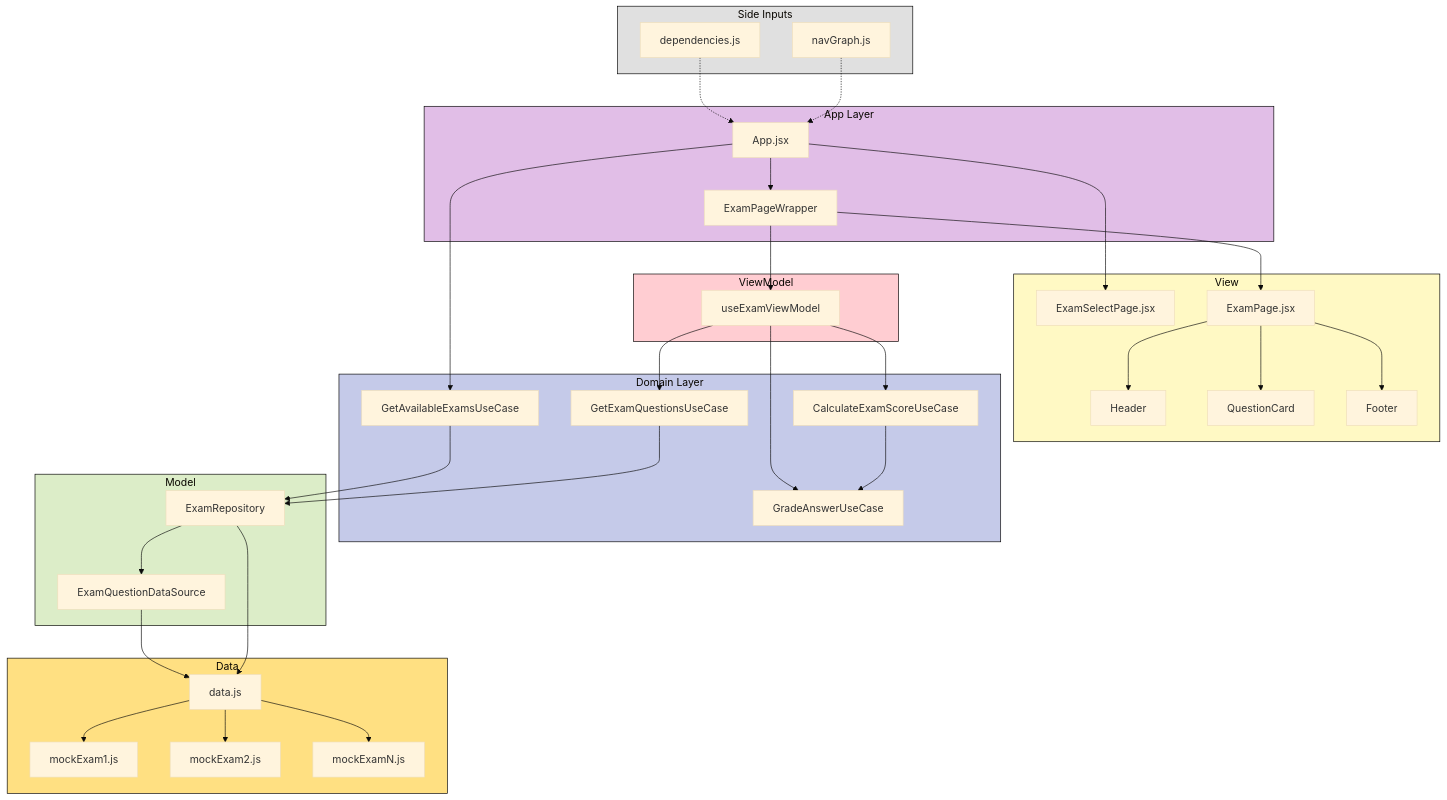
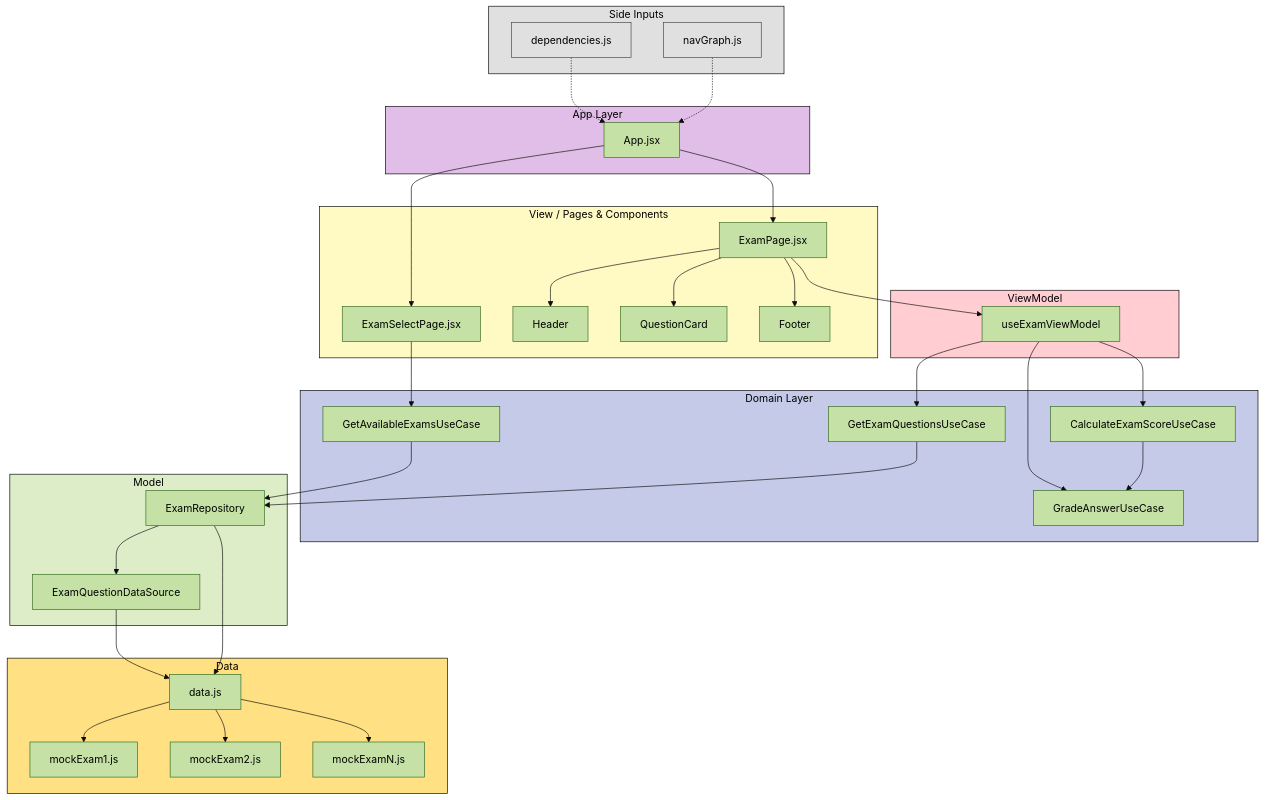
The diagram in README.md (FredrikVE/ExamPrepper), drawn with Mermaid (base theme) before and after one commit.

Commit message:
oppdater arkitekturskisse

````diff
--- a/README.md
+++ b/README.md
@@ -165,13 +165,12 @@
 %% =========================
 subgraph AppLayer["App Layer"]
     App["App.jsx"]
-    ExamPageWrapper["ExamPageWrapper"]
 end
 
 %% =========================
-%% VIEW
+%% VIEW / PAGES
 %% =========================
-subgraph View["View"]
+subgraph View["View / Pages & Components"]
     ExamSelectPage["ExamSelectPage.jsx"]
     ExamPage["ExamPage.jsx"]
     Header["Header"]
@@ -221,22 +220,20 @@
 NavGraph -.-> App
 
 %% =========================
-%% APP FLOW
+%% APP → PAGES
 %% =========================
 App --> ExamSelectPage
-App --> ExamPageWrapper
+App --> ExamPage
 
 %% =========================
-%% EXAM SELECTION FLOW
+%% SELECT PAGE FLOW
 %% =========================
-App --> GetAvailableExamsUC
-GetAvailableExamsUC --> Repo
+ExamSelectPage --> GetAvailableExamsUC
 
 %% =========================
-%% EXAM PAGE FLOW
+%% VIEW → VIEWMODEL
 %% =========================
-ExamPageWrapper --> ExamVM
-ExamPageWrapper --> ExamPage
+ExamPage --> ExamVM
 
 %% =========================
 %% VIEW COMPOSITION
@@ -246,7 +243,7 @@
 ExamPage --> Footer
 
 %% =========================
-%% MVVM FLOW
+%% VIEWMODEL → DOMAIN
 %% =========================
 ExamVM --> GetExamQuestionsUC
 ExamVM --> GradeAnswerUC
@@ -258,12 +255,13 @@
 CalculateScoreUC --> GradeAnswerUC
 
 %% =========================
-%% DOMAIN TO MODEL
+%% DOMAIN → MODEL
 %% =========================
+GetAvailableExamsUC --> Repo
 GetExamQuestionsUC --> Repo
 
 %% =========================
-%% MODEL TO DATA
+%% MODEL → DATA
 %% =========================
 Repo --> DS
 DS --> DataRegistry
@@ -277,13 +275,32 @@
 DataRegistry --> MockExamN
 
 %% =========================
-%% STYLING
+%% NODE COLORS
 %% =========================
-style SideInputs stroke:#000000,fill:#E0E0E0
-style AppLayer stroke:#000000,fill:#E1BEE7
-style View stroke:#000000,fill:#FFF9C4
-style ViewModel stroke:#000000,fill:#FFCDD2
-style Domain stroke:#000000,fill:#C5CAE9
-style Model stroke:#000000,fill:#DCEDC8
-style Data stroke:#000000,fill:#FFE082
+classDef sideNode fill:#E0E0E0,stroke:#424242,color:#000000
+classDef appNode fill:#C5E1A5,stroke:#33691E,color:#000000
+classDef viewNode fill:#C5E1A5,stroke:#33691E,color:#000000
+classDef viewModelNode fill:#C5E1A5,stroke:#33691E,color:#000000
+classDef domainNode fill:#C5E1A5,stroke:#33691E,color:#000000
+classDef modelNode fill:#C5E1A5,stroke:#33691E,color:#000000
+classDef dataNode fill:#C5E1A5,stroke:#33691E,color:#000000
+
+class DI,NavGraph sideNode
+class App appNode
+class ExamSelectPage,ExamPage,Header,QuestionCard,Footer viewNode
+class ExamVM viewModelNode
+class GetAvailableExamsUC,GetExamQuestionsUC,GradeAnswerUC,CalculateScoreUC domainNode
+class Repo,DS modelNode
+class DataRegistry,MockExam1,MockExam2,MockExamN dataNode
+
+%% =========================
+%% SUBGRAPH COLORS
+%% =========================
+style SideInputs stroke:#000000,fill:#E0E0E0,color:#000000
+style AppLayer stroke:#000000,fill:#E1BEE7,color:#000000
+style View stroke:#000000,fill:#FFF9C4,color:#000000
+style ViewModel stroke:#000000,fill:#FFCDD2,color:#000000
+style Domain stroke:#000000,fill:#C5CAE9,color:#000000
+style Model stroke:#000000,fill:#DCEDC8,color:#000000
+style Data stroke:#000000,fill:#FFE082,color:#000000
 ```
````
